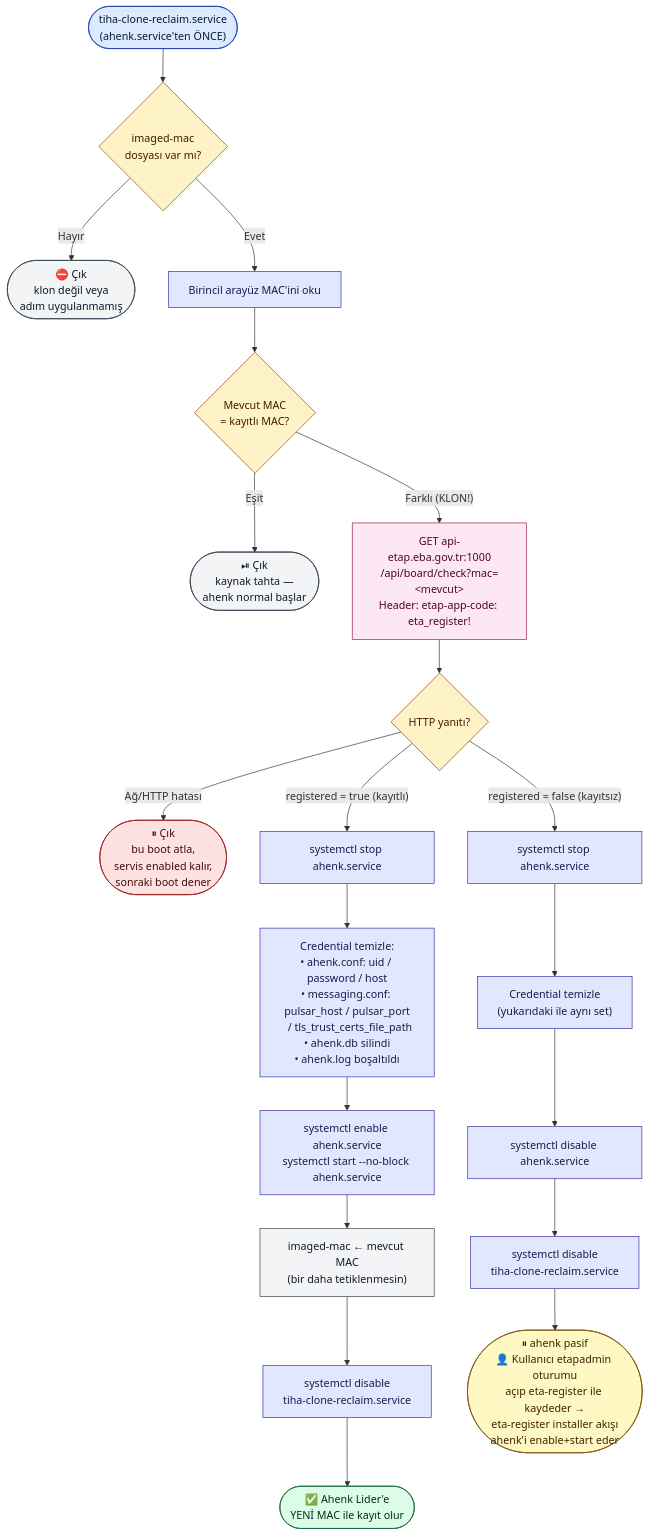
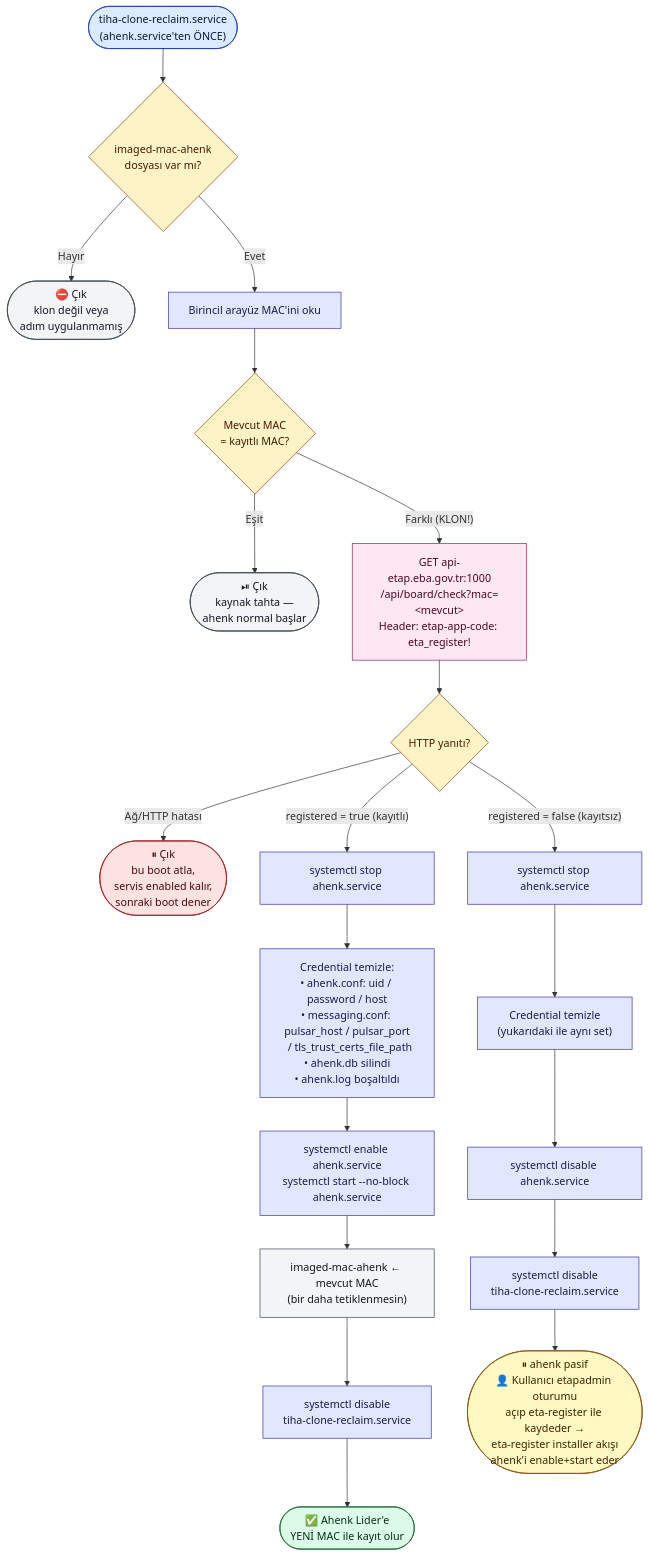
Before and after one commit to enseitankado/tiha: the third of 3 diagrams in docs/m12-clone-reclaim.md, drawn with Mermaid. The commit also changed other lines of this file and 14 other files, not shown here.

````diff
--- a/docs/m12-clone-reclaim.md
+++ b/docs/m12-clone-reclaim.md
@@ -89,49 +89,49 @@
 ```mermaid
 flowchart TD
     Boot(["tiha-clone-reclaim.service<br/>(ahenk.service'ten ÖNCE)"]):::startNode
 
-    Q1{"imaged-mac<br/>dosyası var mı?"}:::decision
+    Q1{"imaged-mac-ahenk<br/>dosyası var mı?"}:::decision
     ExitNoFile(["⛔ Çık<br/>klon değil veya<br/>adım uygulanmamış"]):::neutral
 
     ReadMac["Birincil arayüz MAC'ini oku"]:::action
     Q2{"Mevcut MAC<br/>= kayıtlı MAC?"}:::decision
     ExitSrc(["⏯ Çık<br/>kaynak tahta —<br/>ahenk normal başlar"]):::neutral
 
     API["GET api-etap.eba.gov.tr:1000<br/>/api/board/check?mac=&lt;mevcut&gt;<br/>Header: etap-app-code: eta_register!"]:::api
     Q3{"HTTP yanıtı?"}:::decision
     ExitErr(["⏸ Çık<br/>bu boot atla,<br/>servis enabled kalır,<br/>sonraki boot dener"]):::error
 
     %% --- KAYITLI dalı ---
     StopOk["systemctl stop ahenk.service"]:::action
     WipeOk["Credential temizle:<br/>• ahenk.conf: uid / password / host<br/>• messaging.conf: pulsar_host / pulsar_port<br/>&nbsp;&nbsp;/ tls_trust_certs_file_path<br/>• ahenk.db silindi<br/>• ahenk.log boşaltıldı"]:::action
     StartOk["systemctl enable ahenk.service<br/>systemctl start --no-block ahenk.service"]:::action
-    Sign["imaged-mac ← mevcut MAC<br/>(bir daha tetiklenmesin)"]:::file
+    Sign["imaged-mac-ahenk ← mevcut MAC<br/>(bir daha tetiklenmesin)"]:::file
     DisOk["systemctl disable<br/>tiha-clone-reclaim.service"]:::action
     OkEnd(["✅ Ahenk Lider'e<br/>YENİ MAC ile kayıt olur"]):::endNode
 
     %% --- KAYITSIZ dalı ---
     StopNo["systemctl stop ahenk.service"]:::action
     WipeNo["Credential temizle<br/>(yukarıdaki ile aynı set)"]:::action
     DisAhenk["systemctl disable ahenk.service"]:::action
     DisNo["systemctl disable<br/>tiha-clone-reclaim.service"]:::action
     NoEnd(["⏸ ahenk pasif<br/>👤 Kullanıcı etapadmin oturumu<br/>açıp eta-register ile kaydeder →<br/>eta-register installer akışı<br/>ahenk'i enable+start eder"]):::manual
 
     Boot --> Q1
     Q1 -- "Hayır" --> ExitNoFile
     Q1 -- "Evet" --> ReadMac --> Q2
     Q2 -- "Eşit" --> ExitSrc
     Q2 -- "Farklı (KLON!)" --> API --> Q3
     Q3 -- "Ağ/HTTP hatası" --> ExitErr
     Q3 -- "registered = true (kayıtlı)" --> StopOk --> WipeOk --> StartOk --> Sign --> DisOk --> OkEnd
     Q3 -- "registered = false (kayıtsız)" --> StopNo --> WipeNo --> DisAhenk --> DisNo --> NoEnd
 
     classDef startNode fill:#dbeafe,stroke:#1e40af,color:#0b1a3a
     classDef endNode   fill:#dcfce7,stroke:#166534,color:#052e16
     classDef decision  fill:#fef3c7,stroke:#92400e,color:#451a03
     classDef action    fill:#e0e7ff,stroke:#3730a3,color:#1e1b4b
     classDef file      fill:#f3f4f6,stroke:#374151,color:#111827
     classDef api       fill:#fce7f3,stroke:#9d174d,color:#500724
     classDef neutral   fill:#f3f4f6,stroke:#374151,color:#111827
     classDef error     fill:#fee2e2,stroke:#991b1b,color:#450a0a
     classDef manual    fill:#fef9c3,stroke:#854d0e,color:#422006
 ```
````
